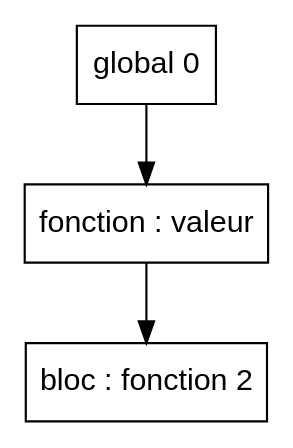
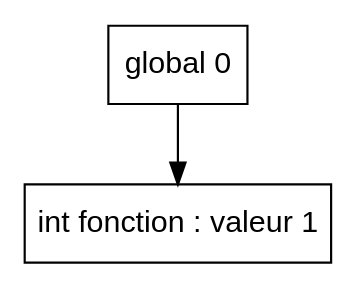
Before and after one commit to Hamza-ABDOULHOUSSEN/compil: the diagram in Code/out/tds/dot/Test_Erreur_Semantique/main1Y.dot, drawn with Graphviz. The commit also changed 51 other files, not shown here.

```diff
--- a/Code/out/tds/dot/Test_Erreur_Semantique/main1Y.dot
+++ b/Code/out/tds/dot/Test_Erreur_Semantique/main1Y.dot
@@ -1,17 +1,13 @@
 digraph "tds"{
 
 	node [fontname="Arial"];
 
-	N2 [shape=record label="{ bloc : fonction  2
-	}"];
-
-	N1 [shape=record label="{ fonction : valeur
+	N1 [shape=record label="{ int fonction : valeur 1
 	}"];
 
 	N0 [shape=record label="{ global 0
 	}"];
 
 
 	N0 -> N1; 
-	N1 -> N2; 
 }
```
